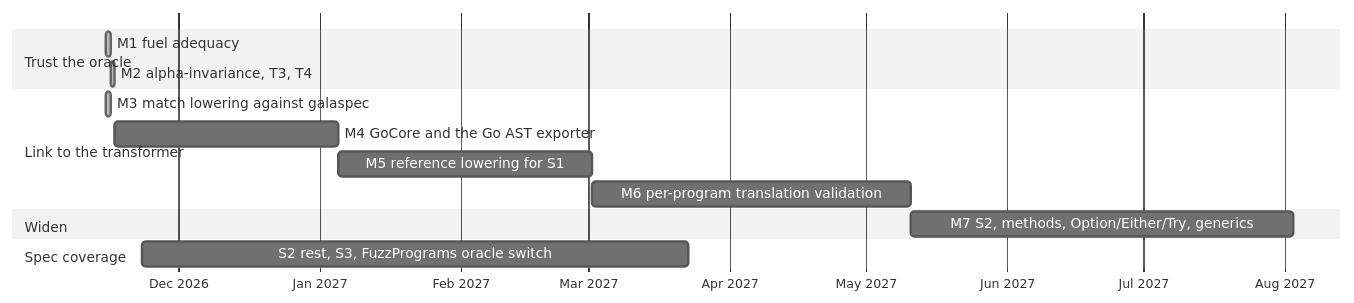
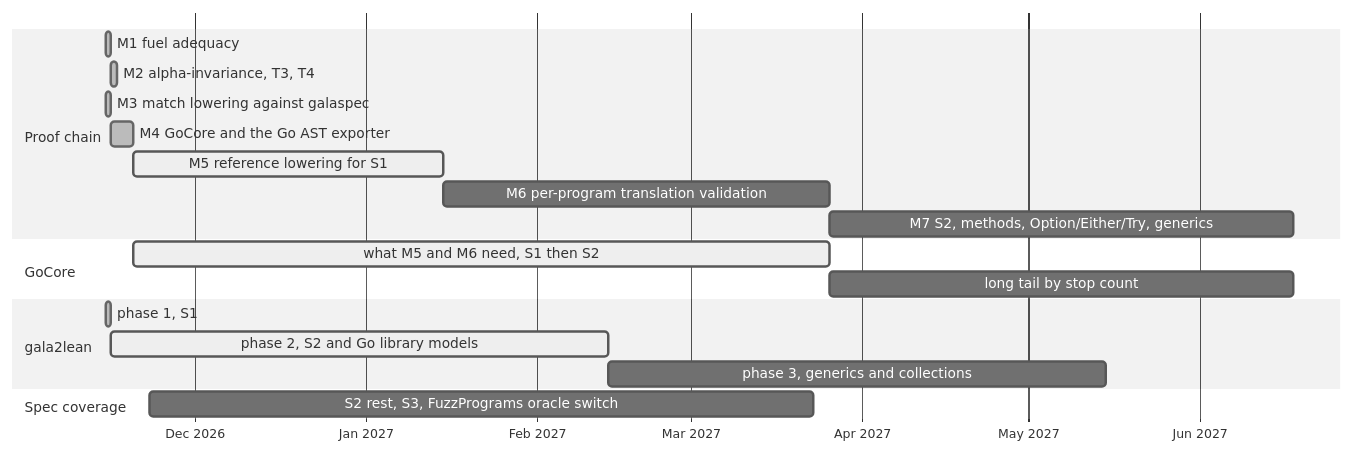
Before and after one commit to martianoff/gala: the seventh of 7 diagrams in docs/FORMAL_SEMANTICS.MD, drawn with Mermaid (neutral theme). The commit also changed other lines of this file and 1 other file, not shown here.

````diff
--- a/docs/FORMAL_SEMANTICS.MD
+++ b/docs/FORMAL_SEMANTICS.MD
@@ -1064,17 +1208,22 @@
 ```mermaid
 gantt
     dateFormat  YYYY-MM-DD
     axisFormat  %b %Y
-    section Trust the oracle
+    section Proof chain
     M1 fuel adequacy                         :done, m1, 2026-11-15, 1d
     M2 alpha-invariance, T3, T4              :done, m2, 2026-11-16, 1d
-    section Link to the transformer
     M3 match lowering against galaspec       :done, m3, 2026-11-15, 1d
-    M4 GoCore and the Go AST exporter        :m4, after m2, 49d
-    M5 reference lowering for S1             :m5, after m4, 56d
+    M4 GoCore and the Go AST exporter        :done, m4, 2026-11-16, 4d
+    M5 reference lowering for S1             :active, m5, after m4, 56d
     M6 per-program translation validation    :m6, after m5, 70d
-    section Widen
     M7 S2, methods, Option/Either/Try, generics :m7, after m6, 84d
+    section GoCore
+    what M5 and M6 need, S1 then S2          :active, g1, after m4, 126d
+    long tail by stop count                  :g2, after g1, 84d
+    section gala2lean
+    phase 1, S1                              :done, l1, 2026-11-15, 1d
+    phase 2, S2 and Go library models        :active, l2, after l1, 90d
+    phase 3, generics and collections        :l3, after l2, 90d
     section Spec coverage
     S2 rest, S3, FuzzPrograms oracle switch  :c1, 2026-11-23, 120d
 ```
````
